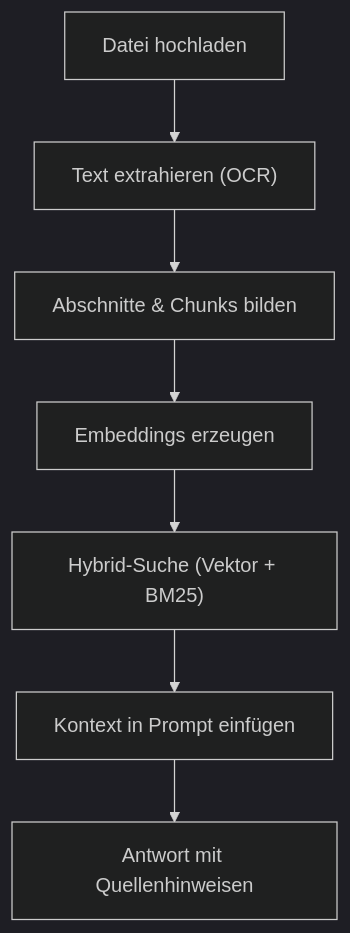
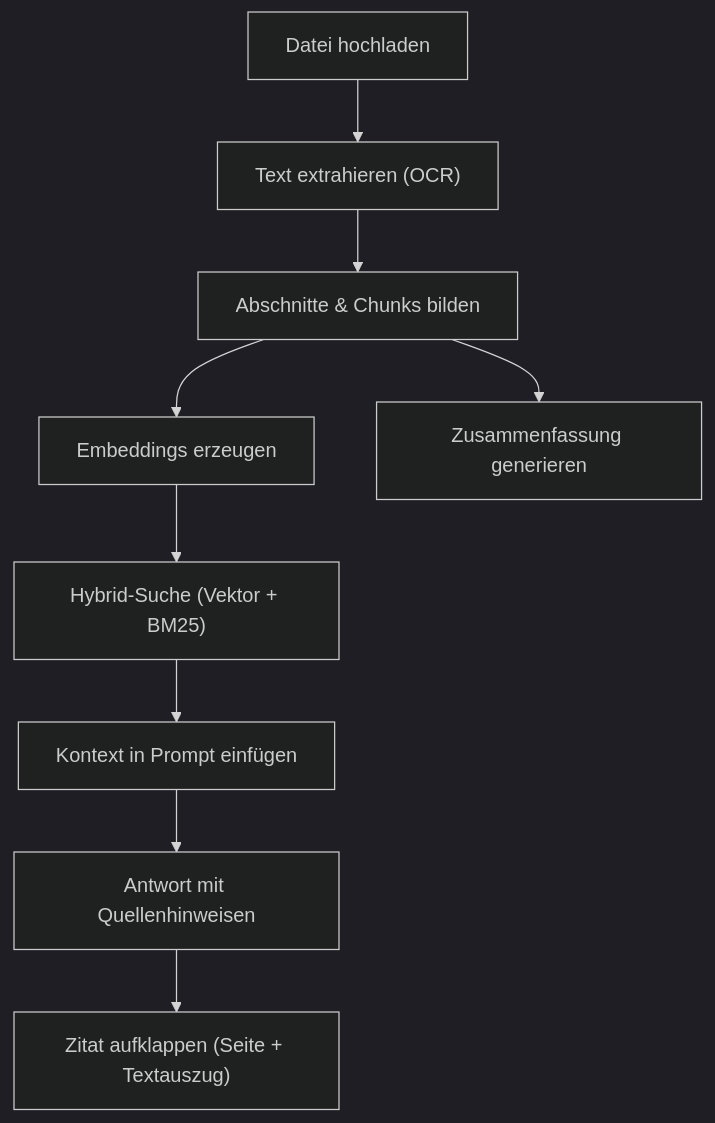
The third of 5 diagrams in docs/ANWENDER-DOKUMENT.md (christian-rost/xqt5-ai-plattform), drawn with Mermaid (dark theme) before and after one commit. The commit also changed other lines of this file and 1 other file, not shown here.

````diff
--- a/docs/ANWENDER-DOKUMENT.md
+++ b/docs/ANWENDER-DOKUMENT.md
@@ -98,9 +109,11 @@
 ```mermaid
 flowchart TD
     A["Datei hochladen"] --> B["Text extrahieren (OCR)"]
     B --> C["Abschnitte & Chunks bilden"]
     C --> D["Embeddings erzeugen"]
-    D --> E["Hybrid-Suche (Vektor + BM25)"]
-    E --> F["Kontext in Prompt einfügen"]
-    F --> G["Antwort mit Quellenhinweisen"]
+    C --> E["Zusammenfassung generieren"]
+    D --> F["Hybrid-Suche (Vektor + BM25)"]
+    F --> G["Kontext in Prompt einfügen"]
+    G --> H["Antwort mit Quellenhinweisen"]
+    H --> I["Zitat aufklappen (Seite + Textauszug)"]
 ```
````
